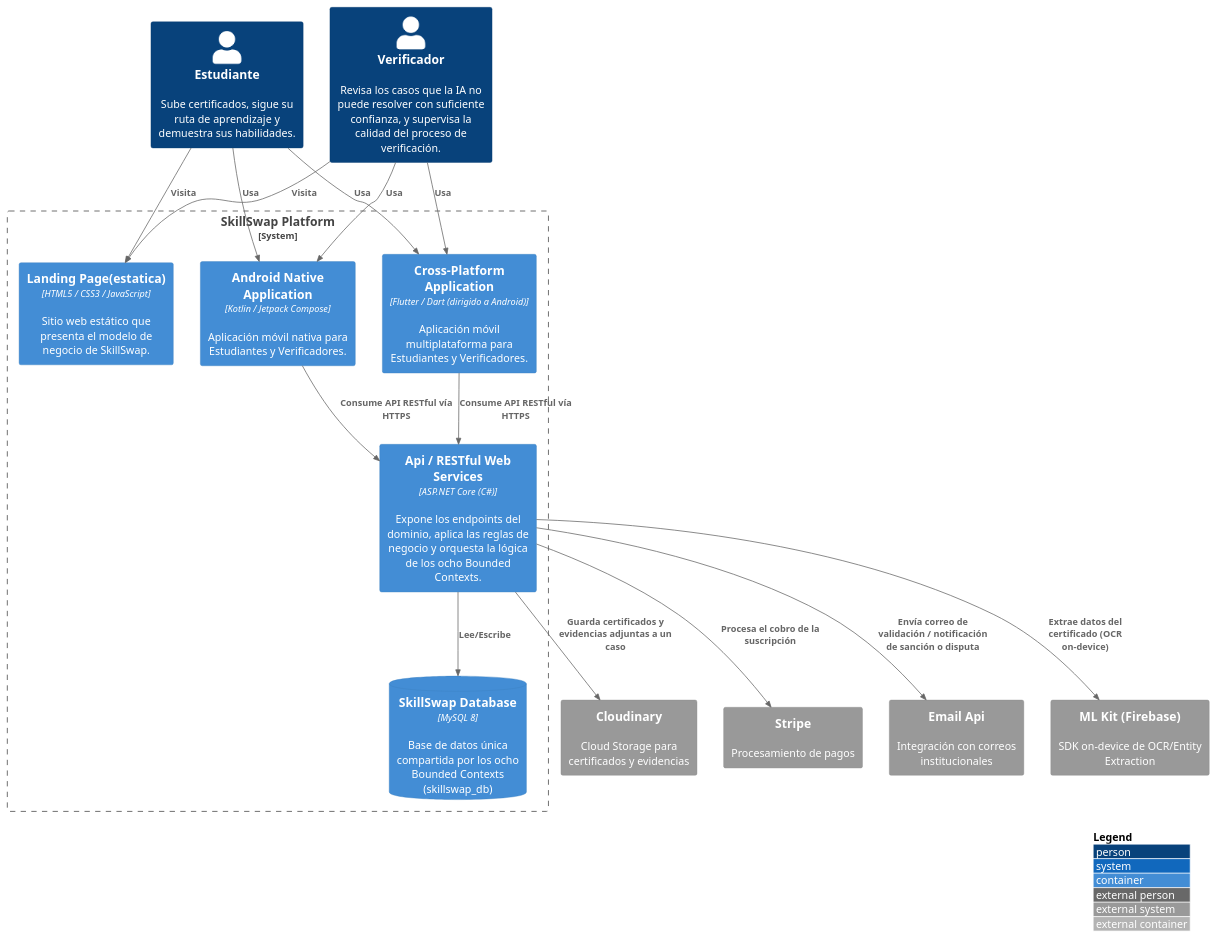
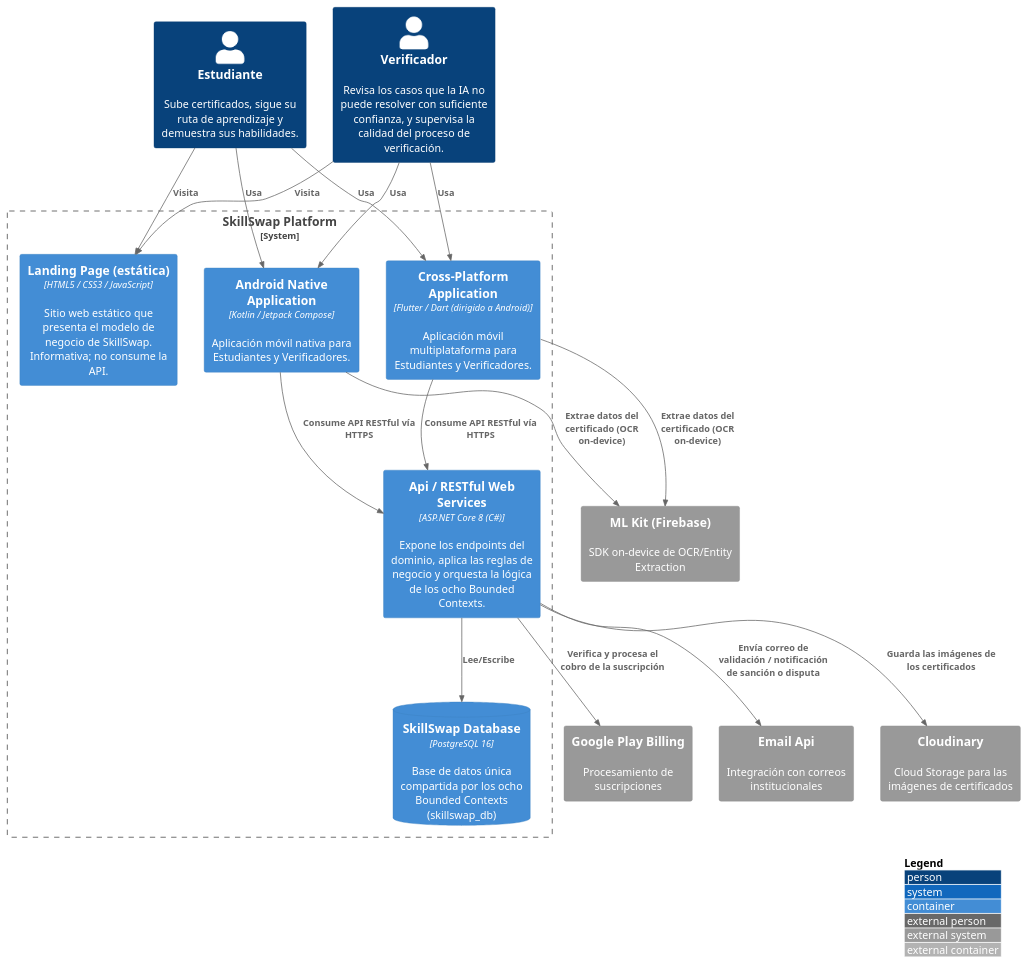
Before and after one commit to Aplicaciones-Dispositivos-Moviles/SkillSwap-ProjectReport: the diagram in DB&C4/Container_Diagram.puml, drawn with PlantUML. The commit also changed 17 other files, not shown here.

```diff
--- a/DB&C4/Container_Diagram.puml
+++ b/DB&C4/Container_Diagram.puml
@@ -1,40 +1,41 @@
 @startuml SkillSwapContainer
 !include https://raw.githubusercontent.com/plantuml-stdlib/C4-PlantUML/master/C4_Container.puml
 
 LAYOUT_WITH_LEGEND()
 
 Person(student, "Estudiante", "Sube certificados, sigue su ruta de aprendizaje y demuestra sus habilidades.")
 Person(verifier, "Verificador", "Revisa los casos que la IA no puede resolver con suficiente confianza, y supervisa la calidad del proceso de verificación.")
 
 System_Boundary(skillSwapSystem, "SkillSwap Platform") {
-    Container(landingPage, "Landing Page(estatica)", "HTML5 / CSS3 / JavaScript", "Sitio web estático que presenta el modelo de negocio de SkillSwap.")
+    Container(landingPage, "Landing Page (estática)", "HTML5 / CSS3 / JavaScript", "Sitio web estático que presenta el modelo de negocio de SkillSwap. Informativa; no consume la API.")
     Container(androidApp, "Android Native Application", "Kotlin / Jetpack Compose", "Aplicación móvil nativa para Estudiantes y Verificadores.")
     Container(flutterApp, "Cross-Platform Application", "Flutter / Dart (dirigido a Android)", "Aplicación móvil multiplataforma para Estudiantes y Verificadores.")
-    Container(apiGateway, "Api / RESTful Web Services", "ASP.NET Core (C#)", "Expone los endpoints del dominio, aplica las reglas de negocio y orquesta la lógica de los ocho Bounded Contexts.")
-    ContainerDb(mainDB, "SkillSwap Database", "MySQL 8", "Base de datos única compartida por los ocho Bounded Contexts (skillswap_db)")
+    Container(apiGateway, "Api / RESTful Web Services", "ASP.NET Core 8 (C#)", "Expone los endpoints del dominio, aplica las reglas de negocio y orquesta la lógica de los ocho Bounded Contexts.")
+    ContainerDb(mainDB, "SkillSwap Database", "PostgreSQL 16", "Base de datos única compartida por los ocho Bounded Contexts (skillswap_db)")
 }
 
 System_Ext(emailService, "Email Api", "Integración con correos institucionales")
 System_Ext(mlKitService, "ML Kit (Firebase)", "SDK on-device de OCR/Entity Extraction")
-System_Ext(cloudStorage, "Cloudinary", "Cloud Storage para certificados y evidencias")
-System_Ext(stripeApi, "Stripe", "Procesamiento de pagos")
+System_Ext(cloudStorage, "Cloudinary", "Cloud Storage para las imágenes de certificados")
+System_Ext(googlePlayBilling, "Google Play Billing", "Procesamiento de suscripciones")
 
 Rel(student, androidApp, "Usa")
 Rel(verifier, androidApp, "Usa")
 Rel(student, flutterApp, "Usa")
 Rel(verifier, flutterApp, "Usa")
 
 Rel(student, landingPage, "Visita")
 Rel(verifier, landingPage, "Visita")
 
 Rel(androidApp, apiGateway, "Consume API RESTful vía HTTPS")
 Rel(flutterApp, apiGateway, "Consume API RESTful vía HTTPS")
+Rel(androidApp, mlKitService, "Extrae datos del certificado (OCR on-device)")
+Rel(flutterApp, mlKitService, "Extrae datos del certificado (OCR on-device)")
 
 Rel(apiGateway, mainDB, "Lee/Escribe")
 
 Rel(apiGateway, emailService, "Envía correo de validación / notificación de sanción o disputa")
-Rel(apiGateway, mlKitService, "Extrae datos del certificado (OCR on-device)")
-Rel(apiGateway, cloudStorage, "Guarda certificados y evidencias adjuntas a un caso")
-Rel(apiGateway, stripeApi, "Procesa el cobro de la suscripción")
+Rel(apiGateway, cloudStorage, "Guarda las imágenes de los certificados")
+Rel(apiGateway, googlePlayBilling, "Verifica y procesa el cobro de la suscripción")
 
 @enduml
```
